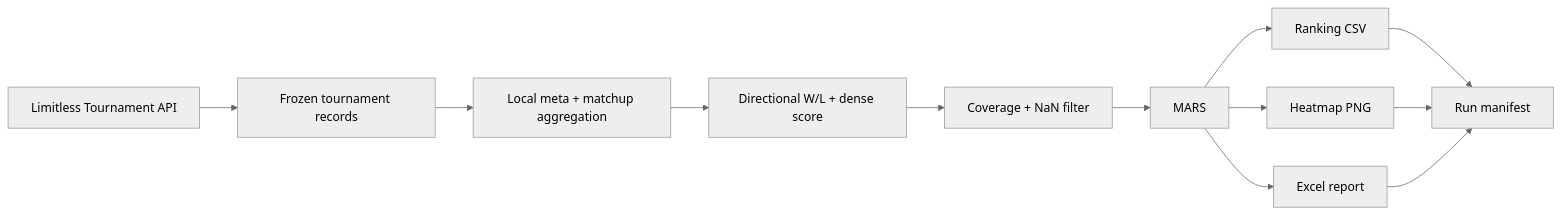
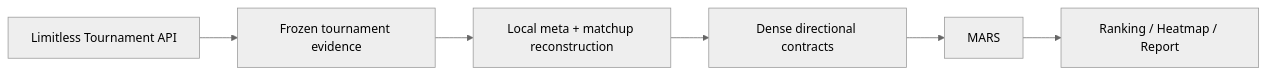
One commit to indren9/ptcgp_ranking changed the diagram in README.md. Above: the diagram before and after it, drawn with Mermaid (neutral theme). The commit also changed other lines of this file, not shown here.

Commit message:
docs: make Tournament API architecture primary

````diff
--- a/README.md
+++ b/README.md
@@ -127,14 +39,8 @@
 ```mermaid
 flowchart LR
-    A[Limitless Tournament API] --> B[Frozen tournament records]
-    B --> C[Local meta + matchup aggregation]
-    C --> D[Directional W/L + dense score]
-    D --> E[Coverage + NaN filter]
-    E --> F[MARS]
-    F --> G[Ranking CSV]
-    F --> H[Heatmap PNG]
-    F --> I[Excel report]
-    G --> J[Run manifest]
-    H --> J
-    I --> J
+    A[Limitless Tournament API] --> B[Frozen tournament evidence]
+    B --> C[Local meta + matchup reconstruction]
+    C --> D[Dense directional contracts]
+    D --> E[MARS]
+    E --> F[Ranking / Heatmap / Report]
 ```
````
